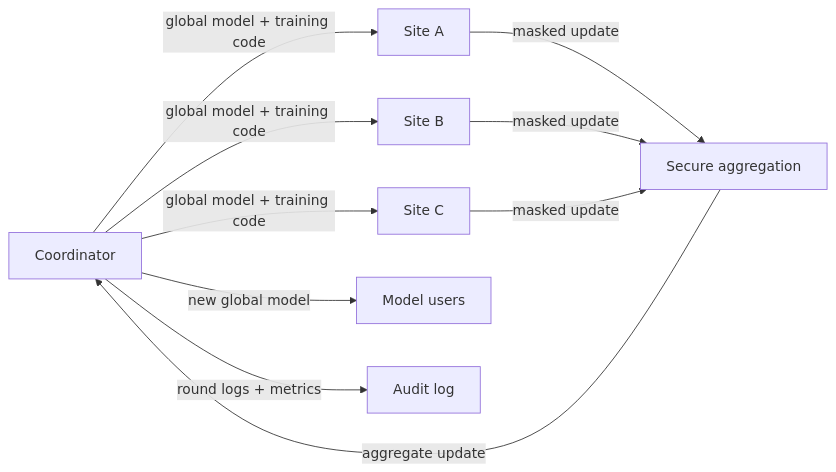
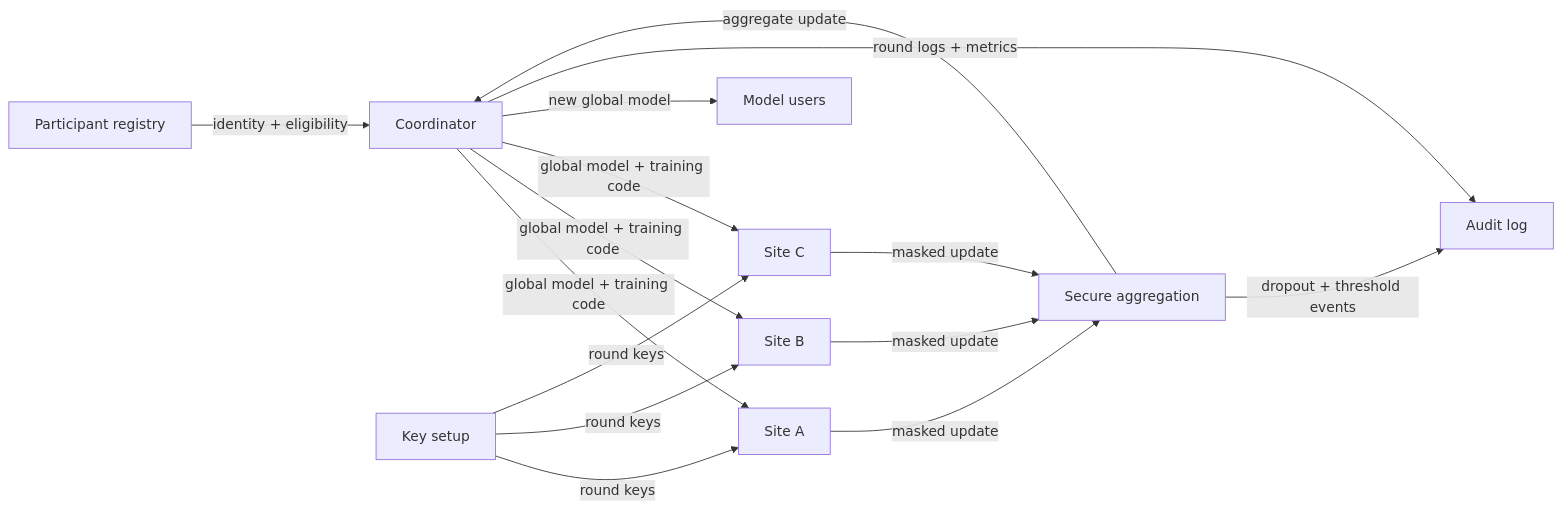
Before and after one commit to I-Love-PETs/i-love-pets.github.io: the diagram in docs/pet-architectures/fl-secure-aggregation.md, drawn with Mermaid. The commit also changed other lines of this file and 6 other files, not shown here.

Commit message:
Polish PET architecture reviews

````diff
--- a/docs/pet-architectures/fl-secure-aggregation.md
+++ b/docs/pet-architectures/fl-secure-aggregation.md
@@ -13,12 +13,17 @@
 ```mermaid
 flowchart LR
+  I[Participant registry] -->|identity + eligibility| C[Coordinator]
+  K[Key setup] -->|round keys| A
+  K -->|round keys| B
+  K -->|round keys| D
   C[Coordinator] -->|global model + training code| A[Site A]
   C -->|global model + training code| B[Site B]
   C -->|global model + training code| D[Site C]
   A -->|masked update| S[Secure aggregation]
   B -->|masked update| S
   D -->|masked update| S
   S -->|aggregate update| C
   C -->|new global model| U[Model users]
   C -->|round logs + metrics| L[Audit log]
+  S -->|dropout + threshold events| L
 ```
````
